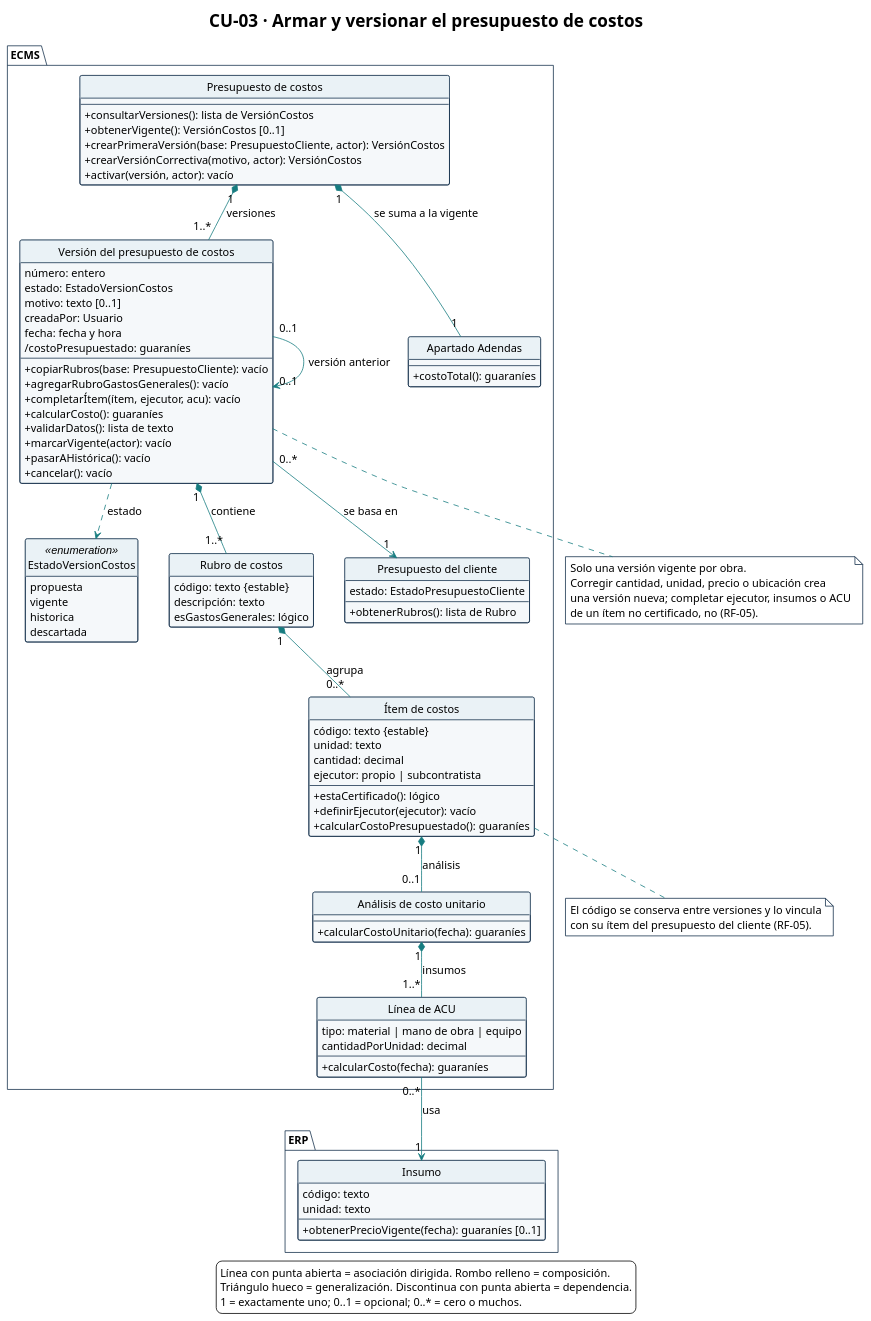
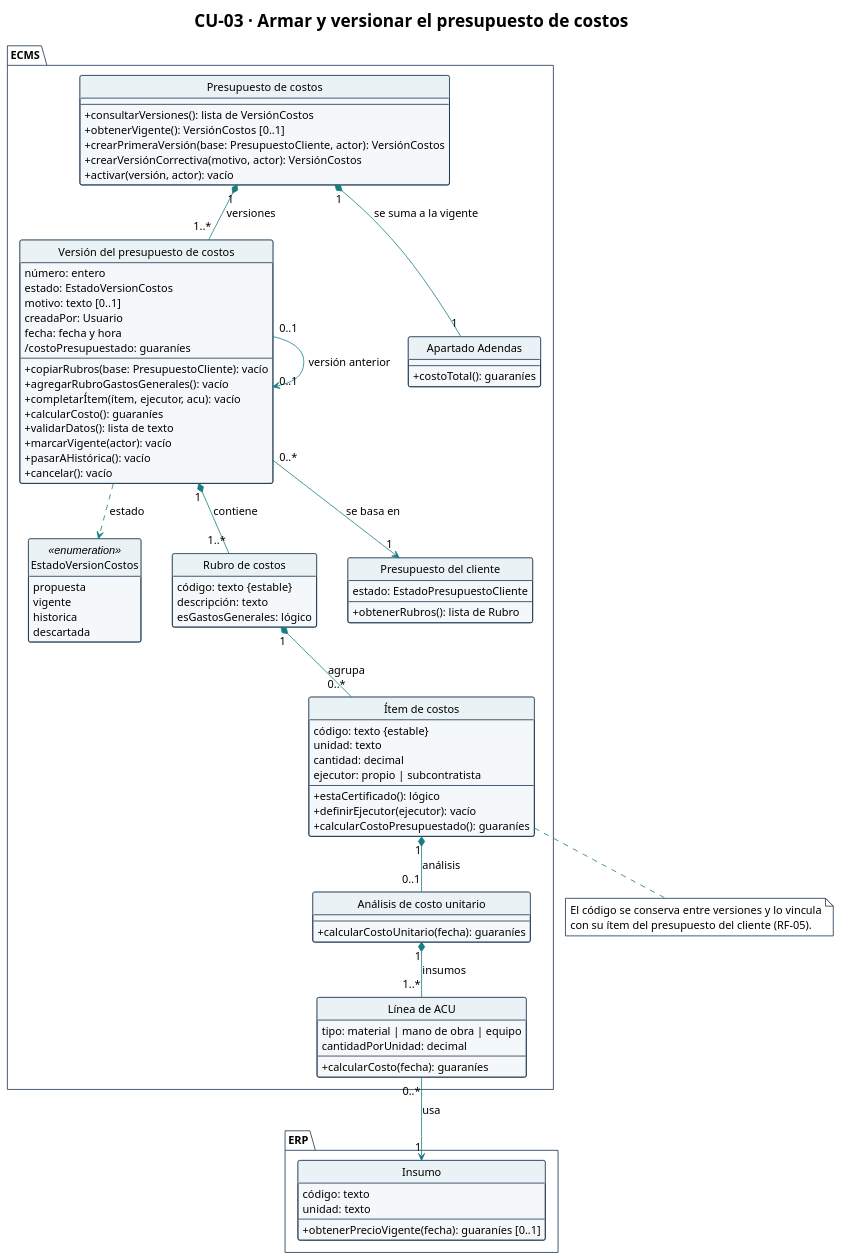
The diagram in diagramas/CU-03-clases.puml (Ssrrb/tpf-uca), drawn with PlantUML before and after one commit. The commit also changed 22 other files, not shown here.

```diff
--- a/diagramas/CU-03-clases.puml
+++ b/diagramas/CU-03-clases.puml
@@ -1,141 +1,130 @@
 @startuml
 !theme plain
 skinparam style strictuml
 title CU-03 · Armar y versionar el presupuesto de costos
 hide circle
 hide empty methods
 hide empty fields
 skinparam shadowing false
 skinparam classAttributeIconSize 0
 skinparam defaultFontName Arial
 skinparam defaultFontSize 14
 skinparam nodesep 40
 skinparam ranksep 50
 skinparam ArrowColor #167C80
 skinparam class {
   BackgroundColor #F5F8FA
   BorderColor #17324D
   HeaderBackgroundColor #EAF2F6
 }
 skinparam package {
   BackgroundColor #FFFFFF
   BorderColor #17324D
 }
 skinparam note {
   BackgroundColor #FFFFFF
   BorderColor #17324D
 }
 package "ECMS" {
   class "Presupuesto de costos" as PresupuestoCostos {
     --
     + consultarVersiones(): lista de VersiónCostos
     + obtenerVigente(): VersiónCostos [0..1]
     + crearPrimeraVersión(base: PresupuestoCliente, actor): VersiónCostos
     + crearVersiónCorrectiva(motivo, actor): VersiónCostos
     + activar(versión, actor): vacío
   }
 
   enum EstadoVersionCostos <<enumeration>> {
     propuesta
     vigente
     historica
     descartada
   }
 
   class "Versión del presupuesto de costos" as VersionCostos {
     número: entero
     estado: EstadoVersionCostos
     motivo: texto [0..1]
     creadaPor: Usuario
     fecha: fecha y hora
     /costoPresupuestado: guaraníes
     --
     + copiarRubros(base: PresupuestoCliente): vacío
     + agregarRubroGastosGenerales(): vacío
     + completarÍtem(ítem, ejecutor, acu): vacío
     + calcularCosto(): guaraníes
     + validarDatos(): lista de texto
     + marcarVigente(actor): vacío
     + pasarAHistórica(): vacío
     + cancelar(): vacío
   }
 
   class "Rubro de costos" as RubroCostos {
     código: texto {estable}
     descripción: texto
     esGastosGenerales: lógico
   }
 
   class "Ítem de costos" as ItemCostos {
     código: texto {estable}
     unidad: texto
     cantidad: decimal
     ejecutor: propio | subcontratista
     --
     + estaCertificado(): lógico
     + definirEjecutor(ejecutor): vacío
     + calcularCostoPresupuestado(): guaraníes
   }
 
   class "Análisis de costo unitario" as ACU {
     --
     + calcularCostoUnitario(fecha): guaraníes
   }
 
   class "Línea de ACU" as LineaACU {
     tipo: material | mano de obra | equipo
     cantidadPorUnidad: decimal
     --
     + calcularCosto(fecha): guaraníes
   }
 
   class "Presupuesto del cliente" as PresupuestoCliente {
     estado: EstadoPresupuestoCliente
     --
     + obtenerRubros(): lista de Rubro
   }
 
   class "Apartado Adendas" as ApartadoAdendas {
     --
     + costoTotal(): guaraníes
   }
 }
 
 package "ERP" {
   class Insumo {
     código: texto
     unidad: texto
     --
     + obtenerPrecioVigente(fecha): guaraníes [0..1]
   }
 }
 
 PresupuestoCostos "1" *-- "1..*" VersionCostos : versiones
 PresupuestoCostos "1" *-- "1" ApartadoAdendas : se suma a la vigente
 VersionCostos "0..*" --> "1" PresupuestoCliente : se basa en
 VersionCostos "0..1" --> "0..1" VersionCostos : versión anterior
 VersionCostos "1" *-- "1..*" RubroCostos : contiene
 RubroCostos "1" *-- "0..*" ItemCostos : agrupa
 ItemCostos "1" *-- "0..1" ACU : análisis
 ACU "1" *-- "1..*" LineaACU : insumos
 LineaACU "0..*" --> "1" Insumo : usa
 
 VersionCostos ..> EstadoVersionCostos : estado
-note bottom of VersionCostos
-  Solo una versión vigente por obra.
-  Corregir cantidad, unidad, precio o ubicación crea
-  una versión nueva; completar ejecutor, insumos o ACU
-  de un ítem no certificado, no (RF-05).
-end note
 
 note bottom of ItemCostos
   El código se conserva entre versiones y lo vincula
   con su ítem del presupuesto del cliente (RF-05).
 end note
 
-legend bottom
-  Línea con punta abierta = asociación dirigida. Rombo relleno = composición.
-  Triángulo hueco = generalización. Discontinua con punta abierta = dependencia.
-  1 = exactamente uno; 0..1 = opcional; 0..* = cero o muchos.
-endlegend
 @enduml
```
